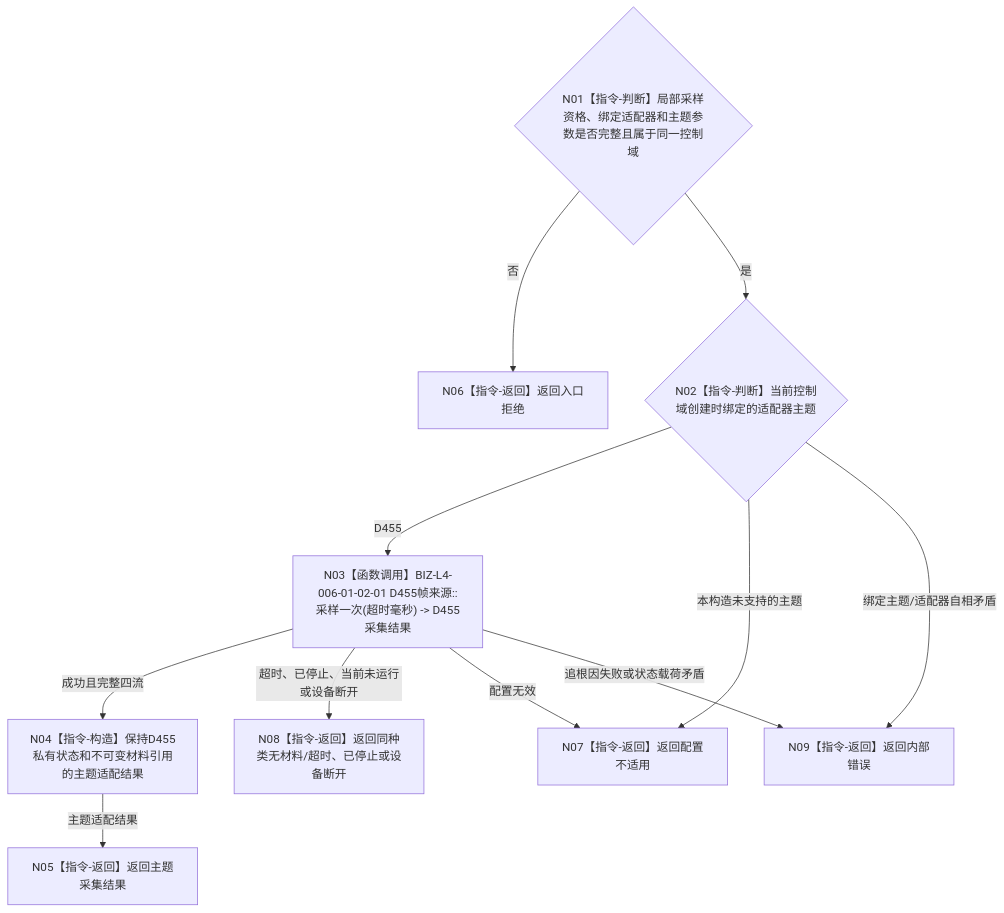
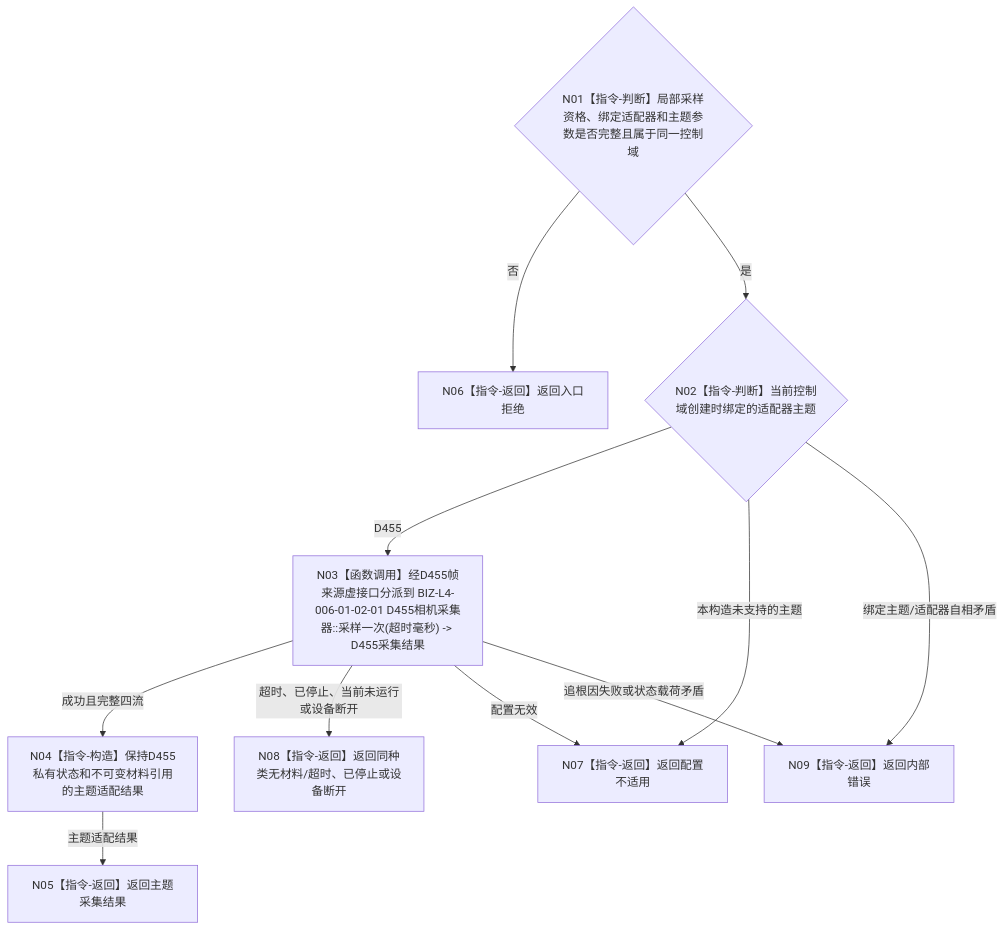
The diagram in 流程图/目标业务流程图/L3/BIZ-L3-006-01-02_调用具体外设采集适配器_目标函数流程图_v0.2.md (chunhaizh-cyber/HY-Ego), drawn with Mermaid before and after one commit. The commit also changed other lines of this file and 20 other files, not shown here.

Commit message:
校正 BIZ-L2-006 外设流程图

````diff
--- a/流程图/目标业务流程图/L3/BIZ-L3-006-01-02_调用具体外设采集适配器_目标函数流程图_v0.2.md
+++ b/流程图/目标业务流程图/L3/BIZ-L3-006-01-02_调用具体外设采集适配器_目标函数流程图_v0.2.md
@@ -32,22 +32,22 @@
 ```mermaid
 flowchart TD
     N01{"N01【指令-判断】局部采样资格、绑定适配器和主题参数是否完整且属于同一控制域"}
     N02{"N02【指令-判断】当前控制域创建时绑定的适配器主题"}
-    N03["N03【函数调用】BIZ-L4-006-01-02-01 D455帧来源::采样一次(超时毫秒) -> D455采集结果"]
+    N03["N03【函数调用】经D455帧来源虚接口分派到 BIZ-L4-006-01-02-01 D455相机采集器::采样一次(超时毫秒) -> D455采集结果"]
     N04["N04【指令-构造】保持D455私有状态和不可变材料引用的主题适配结果"]
     N05["N05【指令-返回】返回主题采集结果"]
     N06["N06【指令-返回】返回入口拒绝"]
     N07["N07【指令-返回】返回配置不适用"]
     N08["N08【指令-返回】返回同种类无材料/超时、已停止或设备断开"]
     N09["N09【指令-返回】返回内部错误"]
 
     N01 -->|否| N06
     N01 -->|是| N02
     N02 -->|D455| N03
     N02 -->|本构造未支持的主题| N07
     N02 -->|绑定主题/适配器自相矛盾| N09
     N03 -->|成功且完整四流| N04 -->|主题适配结果| N05
     N03 -->|超时、已停止、当前未运行或设备断开| N08
     N03 -->|配置无效| N07
     N03 -->|追根因失败或状态载荷矛盾| N09
 ```
````
